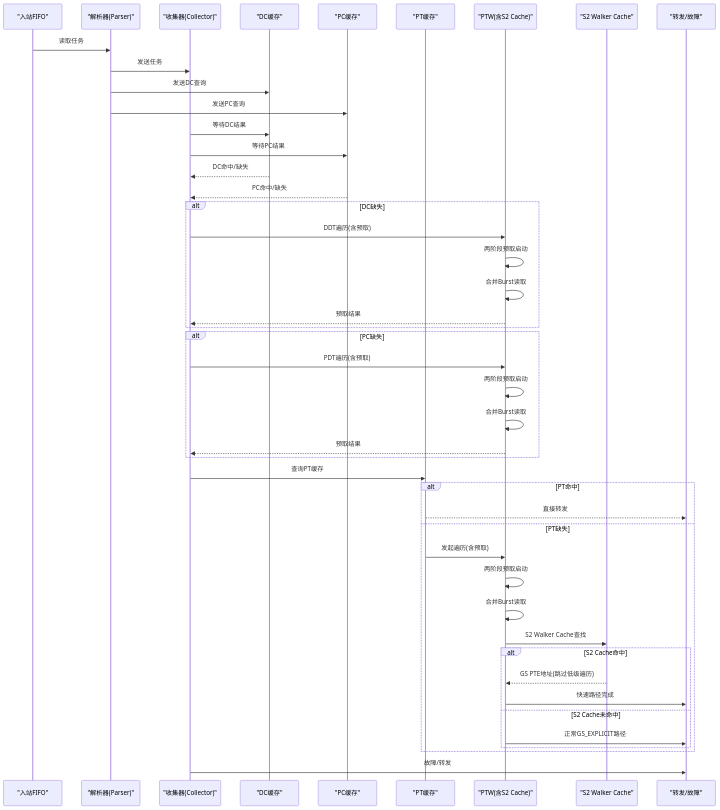
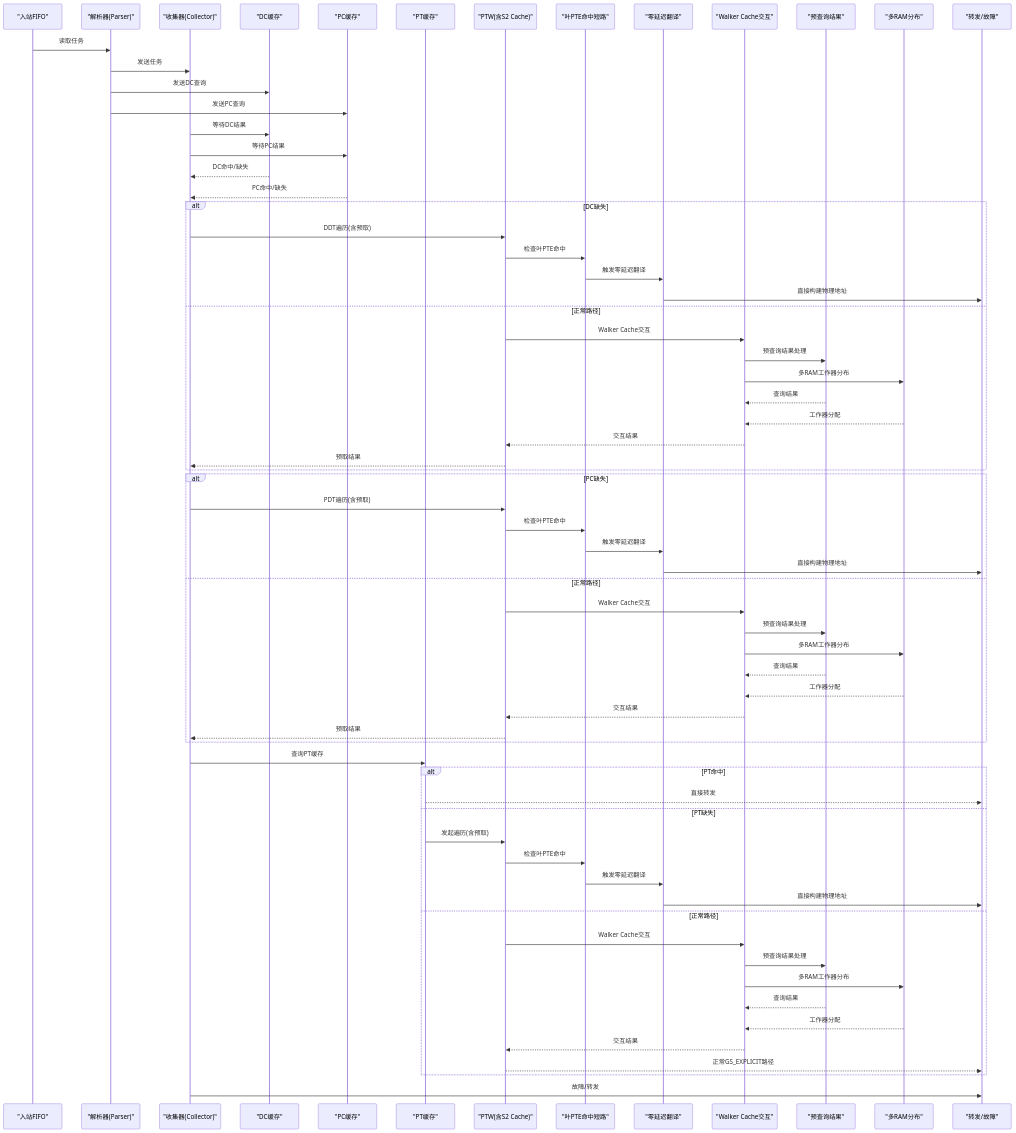
The second of 14 diagrams in .qoder/repowiki/zh/content/性能模型/性能模型.md (jiangjiang1122/iommu_model_20260401_v1), drawn with Mermaid before and after one commit. The commit also changed other lines of this file and 186 other files, not shown here.

````diff
--- a/.qoder/repowiki/zh/content/性能模型/性能模型.md
+++ b/.qoder/repowiki/zh/content/性能模型/性能模型.md
@@ -172,48 +182,70 @@
 ```mermaid
 sequenceDiagram
 participant IN as "入站FIFO"
 participant PR as "解析器(Parser)"
 participant CL as "收集器(Collector)"
 participant DC as "DC缓存"
 participant PC as "PC缓存"
 participant PT as "PT缓存"
 participant PTW as "PTW(含S2 Cache)"
-participant S2C as "S2 Walker Cache"
+participant EPM as "叶PTE命中短路"
+participant ZDT as "零延迟翻译"
+participant WCI as "Walker Cache交互"
+participant PQR as "预查询结果"
+participant MRD as "多RAM分布"
 participant FW as "转发/故障"
 IN->>PR : 读取任务
 PR->>CL : 发送任务
 PR->>DC : 发送DC查询
 PR->>PC : 发送PC查询
 CL->>DC : 等待DC结果
 CL->>PC : 等待PC结果
 DC-->>CL : DC命中/缺失
 PC-->>CL : PC命中/缺失
 alt DC缺失
 CL->>PTW : DDT遍历(含预取)
-PTW->>PTW : 两阶段预取启动
-PTW->>PTW : 合并Burst读取
+PTW->>EPM : 检查叶PTE命中
+EPM->>ZDT : 触发零延迟翻译
+ZDT->>FW : 直接构建物理地址
+else 正常路径
+PTW->>WCI : Walker Cache交互
+WCI->>PQR : 预查询结果处理
+WCI->>MRD : 多RAM工作器分布
+PQR-->>WCI : 查询结果
+MRD-->>WCI : 工作器分配
+WCI-->>PTW : 交互结果
 PTW-->>CL : 预取结果
 end
 alt PC缺失
 CL->>PTW : PDT遍历(含预取)
-PTW->>PTW : 两阶段预取启动
-PTW->>PTW : 合并Burst读取
+PTW->>EPM : 检查叶PTE命中
+EPM->>ZDT : 触发零延迟翻译
+ZDT->>FW : 直接构建物理地址
+else 正常路径
+PTW->>WCI : Walker Cache交互
+WCI->>PQR : 预查询结果处理
+WCI->>MRD : 多RAM工作器分布
+PQR-->>WCI : 查询结果
+MRD-->>WCI : 工作器分配
+WCI-->>PTW : 交互结果
 PTW-->>CL : 预取结果
 end
 CL->>PT : 查询PT缓存
 alt PT命中
 PT-->>FW : 直接转发
 else PT缺失
 PT->>PTW : 发起遍历(含预取)
-PTW->>PTW : 两阶段预取启动
-PTW->>PTW : 合并Burst读取
-PTW->>S2C : S2 Walker Cache查找
-alt S2 Cache命中
-S2C-->>PTW : GS PTE地址(跳过低级遍历)
-PTW->>FW : 快速路径完成
-else S2 Cache未命中
-PTW->>FW : 正常GS_EXPLICIT路径
-end
+PTW->>EPM : 检查叶PTE命中
+EPM->>ZDT : 触发零延迟翻译
+ZDT->>FW : 直接构建物理地址
+else 正常路径
+PTW->>WCI : Walker Cache交互
+WCI->>PQR : 预查询结果处理
+WCI->>MRD : 多RAM工作器分布
+PQR-->>WCI : 查询结果
+MRD-->>WCI : 工作器分配
+WCI-->>PTW : 交互结果
+PTW-->>FW : 正常GS_EXPLICIT路径
 end
 CL->>FW : 故障/转发
 ```
````
